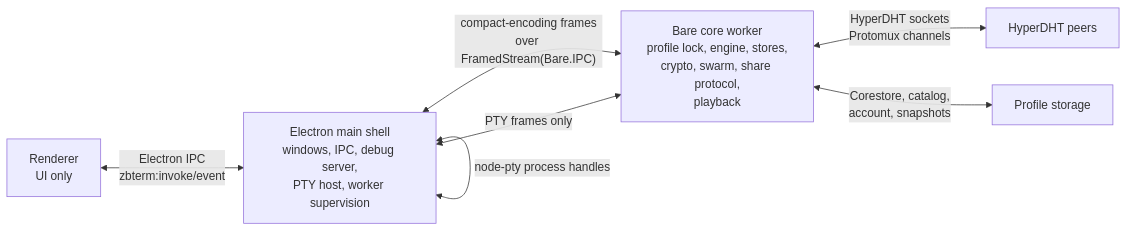
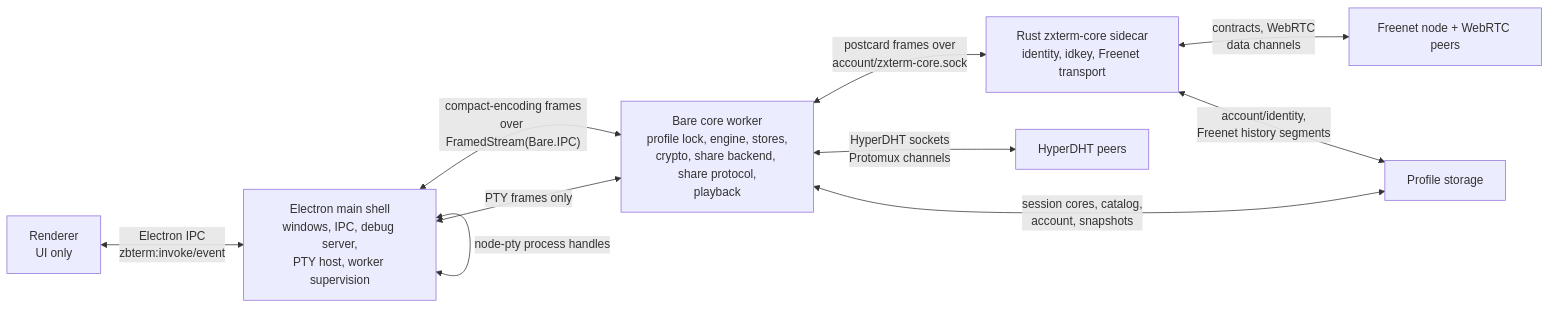
One commit to zevix/zbterm changed the second of 19 diagrams in docs/ARCHITECTURE.md. Above: the diagram before and after it, drawn with Mermaid. The commit also changed other lines of this file and 85 other files, not shown here.

````diff
--- a/docs/ARCHITECTURE.md
+++ b/docs/ARCHITECTURE.md
@@ -172,15 +216,20 @@
 ```mermaid
 flowchart LR
   Renderer["Renderer<br/>UI only"]
   Shell["Electron main shell<br/>windows, IPC, debug server,<br/>PTY host, worker supervision"]
-  Core["Bare core worker<br/>profile lock, engine, stores,<br/>crypto, swarm, share protocol,<br/>playback"]
+  Core["Bare core worker<br/>profile lock, engine, stores,<br/>crypto, share backend, share protocol,<br/>playback"]
+  Sidecar["Rust zxterm-core sidecar<br/>identity, idkey, Freenet transport"]
   Network["HyperDHT peers"]
+  FreenetNet["Freenet node + WebRTC peers"]
   Disk["Profile storage"]
 
   Renderer <-- "Electron IPC<br/>zbterm:invoke/event" --> Shell
   Shell <-- "compact-encoding frames<br/>over FramedStream(Bare.IPC)" --> Core
   Shell <-- "PTY frames only" --> Core
   Shell <-- "node-pty process handles" --> Shell
+  Core <-- "postcard frames over<br/>account/zxterm-core.sock" --> Sidecar
   Core <-- "HyperDHT sockets<br/>Protomux channels" --> Network
-  Core <-- "Corestore, catalog,<br/>account, snapshots" --> Disk
+  Sidecar <-- "contracts, WebRTC<br/>data channels" --> FreenetNet
+  Core <-- "session cores, catalog,<br/>account, snapshots" --> Disk
+  Sidecar <-- "account/identity,<br/>Freenet history segments" --> Disk
 ```
````
